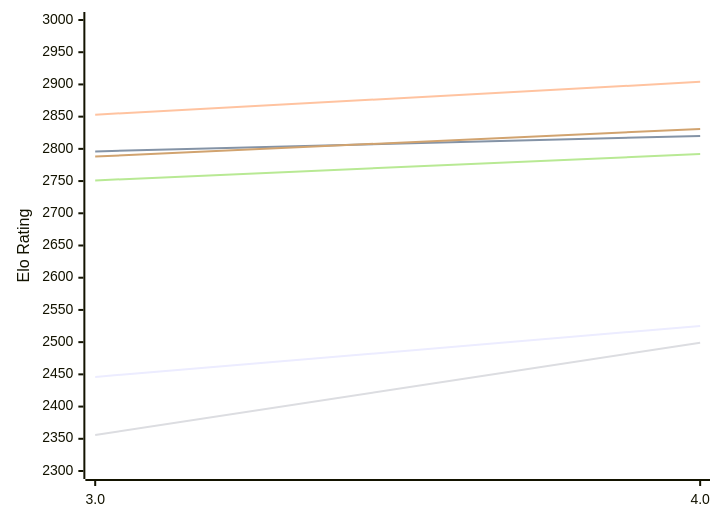
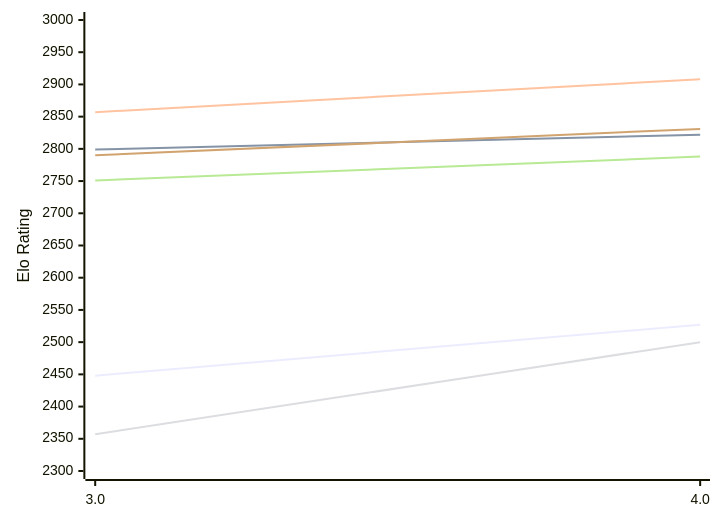
The first of 2 diagrams in engines/Chess3.md (computer-chess-index/cci), drawn with Mermaid before and after one commit. The commit also changed other lines of this file, not shown here.

Commit message:
Update CCI Ratings (ELO VLTC) - 2026-11-22

````diff
--- a/engines/Chess3.md
+++ b/engines/Chess3.md
@@ -50,12 +50,12 @@
 ```mermaid
 %%{init: {"theme":"base","themeVariables":{"seriesColors:['#a3a3a3','#222221','#faa371']}}}%%
 xychart-beta
   x-axis ["3.0", "4.0"]
   y-axis "Elo Rating" 2300 --> 3000
-  line "E1: STC (8.0+0.08s)" [2446, 2525]
-  line "E1: LTC (60.0+0.60s)" [2796, 2820]
-  line "E1: VLTC (2m24s+1.12s)" [2853, 2904]
-  line "P1: STC (8.0+0.08s)" [2356, 2499]
-  line "P1: LTC (60.0+0.60s)" [2751, 2792]
-  line "P1: VLTC (2m24s+1.12s)" [2788, 2831]
+  line "E1: STC (8.0+0.08s)" [2448, 2527]
+  line "E1: LTC (60.0+0.60s)" [2799, 2822]
+  line "E1: VLTC (2m24s+1.12s)" [2857, 2908]
+  line "P1: STC (8.0+0.08s)" [2357, 2500]
+  line "P1: LTC (60.0+0.60s)" [2751, 2788]
+  line "P1: VLTC (2m24s+1.12s)" [2790, 2831]
 ```
````
